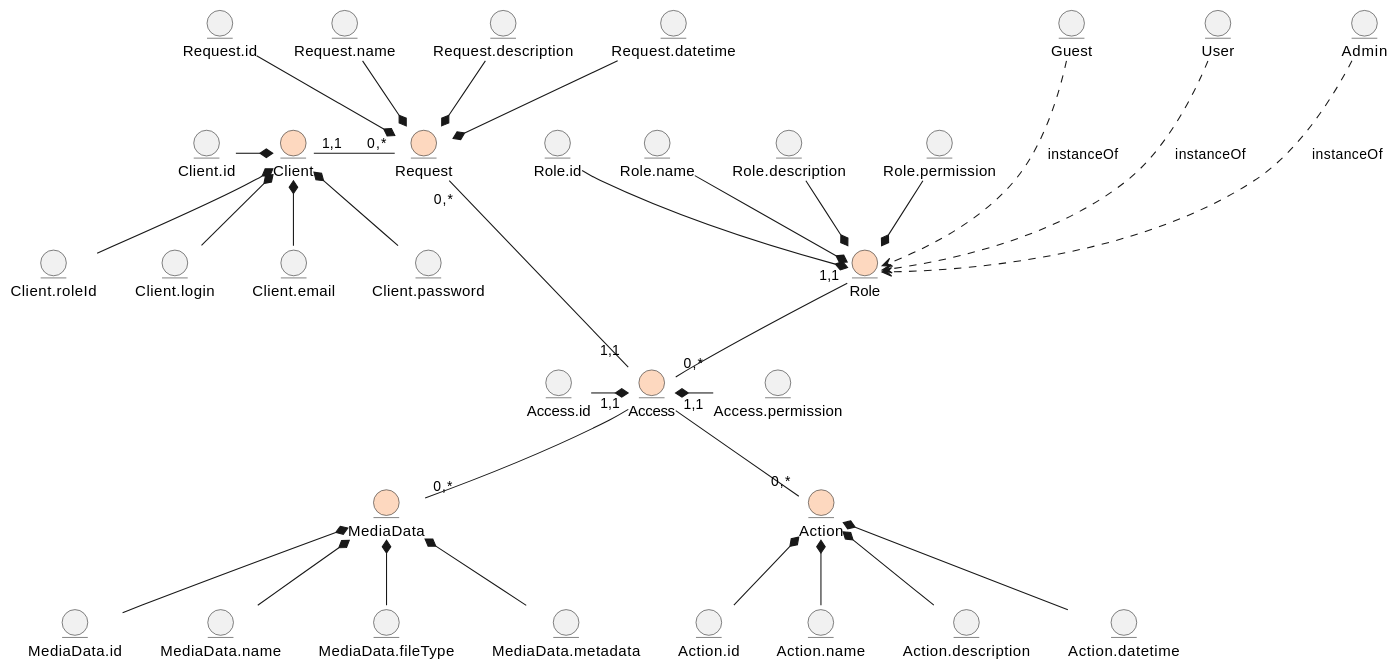
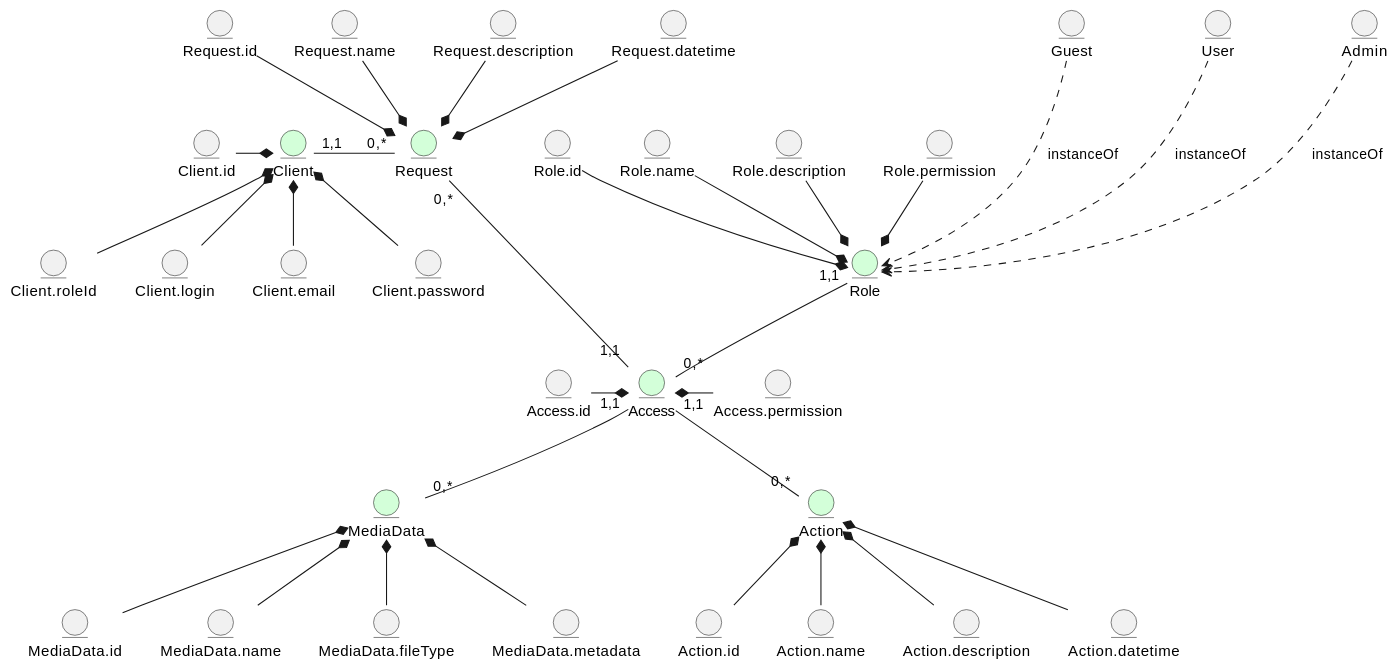
The first of 2 diagrams in docs/design/README.md (nonGratis/retarder-io-23-3), drawn with PlantUML before and after one commit.

Commit message:
change color from fdd8bf to d3ffd9 in BO UML

```diff
--- a/docs/design/README.md
+++ b/docs/design/README.md
@@ -5,80 +5,80 @@
 @startuml
-  entity Client #fdd8bf
+  entity Client #d3ffd9
     entity Client.id
     entity Client.login
     entity Client.email
     entity Client.password
     entity Client.roleId
 
     Client.id -r-* Client
     Client.login -u-* Client
     Client.email -u-* Client
     Client.password -u-* Client
     Client.roleId -u-* Client
 
-  entity Role #fdd8bf
+  entity Role #d3ffd9
     entity Role.id
     entity Role.name
     entity Role.description
     entity Role.permission
 
     Role.id --* Role
     Role.name --* Role
     Role.description --* Role
     Role.permission --* Role
 
     entity Guest
     entity User
     entity Admin
 
     Guest ...> Role : instanceOf
     User ...> Role : instanceOf
     Admin ...> Role : instanceOf
 
-  entity Request #fdd8bf
+  entity Request #d3ffd9
     entity Request.id
     entity Request.name
     entity Request.description
     entity Request.datetime
   
     Request.id --* Request
     Request.name --* Request
     Request.description --* Request
     Request.datetime --* Request
 
-  entity Access #fdd8bf
+  entity Access #d3ffd9
     entity Access.id
     entity Access.permission
 
     Access.id -r-* Access
     Access.permission -l-* Access
 
-  entity Action #fdd8bf
+  entity Action #d3ffd9
     entity Action.id
     entity Action.name
     entity Action.description
     entity Action.datetime
 
     Action.id -u-* Action
     Action.name -u-* Action
     Action.description -u-* Action
     Action.datetime -u-* Action
 
-  entity MediaData #fdd8bf
+  entity MediaData #d3ffd9
     entity MediaData.id
     entity MediaData.name
     entity MediaData.fileType
     entity MediaData.metadata
 
     MediaData.id -u-* MediaData
     MediaData.name -u-* MediaData
     MediaData.fileType -u-* MediaData
     MediaData.metadata -u-* MediaData
 
   Client "1,1"-r-"0,*" Request
   Role "1,1"--"0,*" Access
   Request "0,*"---"1,1" Access
   Access "1,1"--"0,*" Action
   Access "1,1"--"0,*" MediaData
 
 @enduml
```
